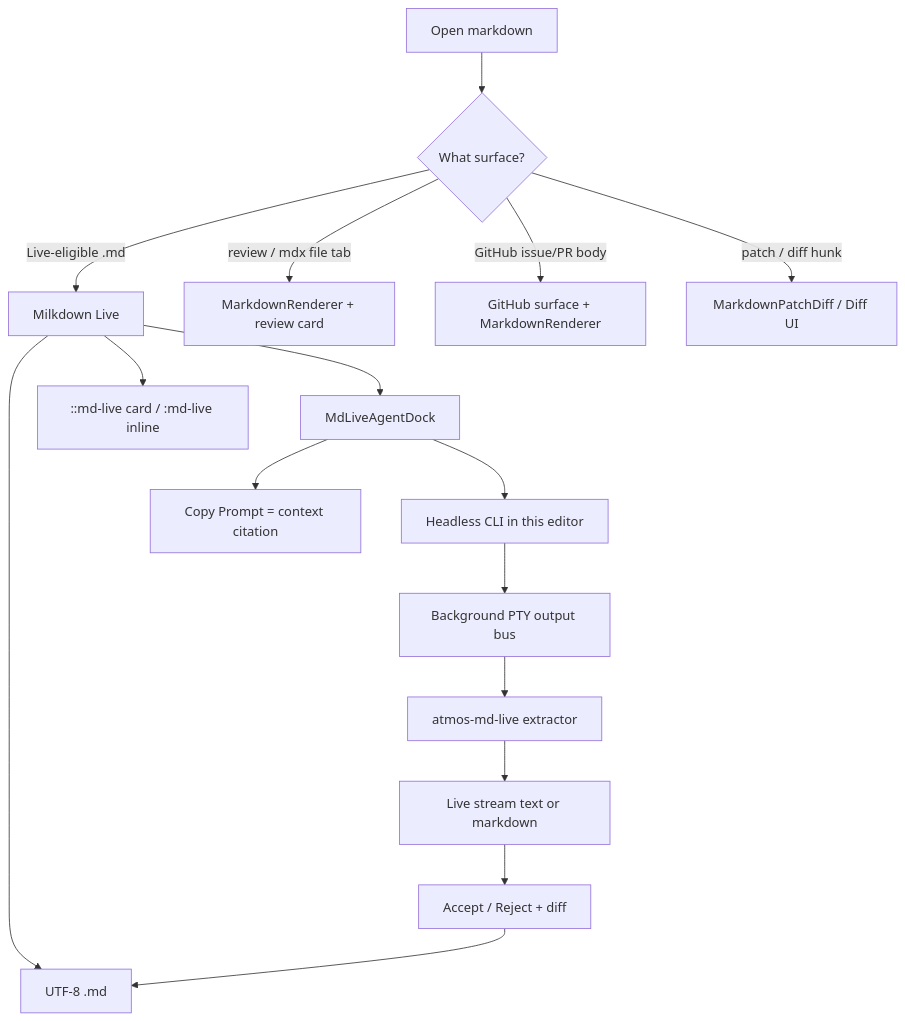
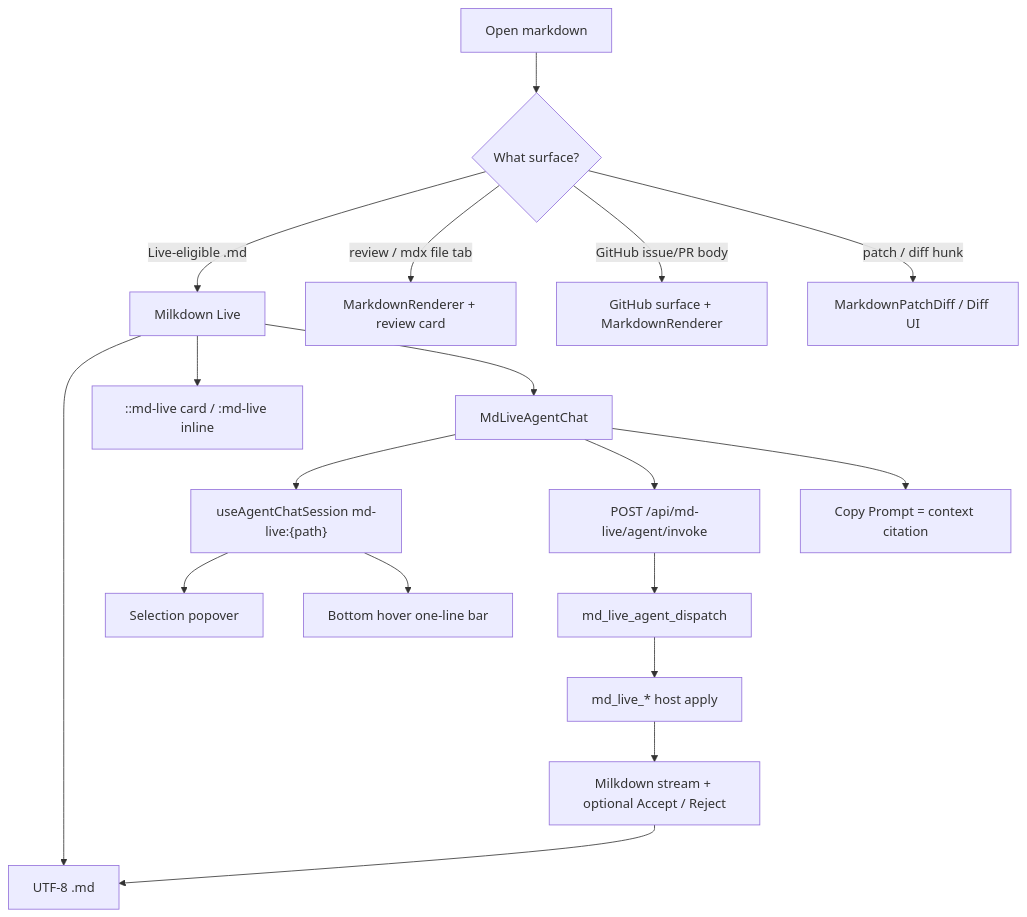
Before and after one commit to AruNi-01/atmos: the diagram in specs/APP/APP-067_document-editor/TECH.md, drawn with Mermaid. The commit also changed other lines of this file and 52 other files, not shown here.

First line of the commit message:
feat(md-live): reuse Agent Chat for Live markdown edits

````diff
--- a/specs/APP/APP-067_document-editor/TECH.md
+++ b/specs/APP/APP-067_document-editor/TECH.md
@@ -35,18 +35,20 @@
 ```mermaid
 flowchart TD
   Open["Open markdown"] --> Kind{"What surface?"}
   Kind -->|"Live-eligible .md"| Live["Milkdown Live"]
   Kind -->|"review / mdx file tab"| RO["MarkdownRenderer + review card"]
   Kind -->|"GitHub issue/PR body"| GH["GitHub surface + MarkdownRenderer"]
   Kind -->|"patch / diff hunk"| Diff["MarkdownPatchDiff / Diff UI"]
   Live --> Disk["UTF-8 .md"]
   Live --> Embed["::md-live card / :md-live inline"]
-  Live --> Dock["MdLiveAgentDock"]
-  Dock --> Copy["Copy Prompt = context citation"]
-  Dock --> CLI["Headless CLI in this editor"]
-  CLI --> Pty["Background PTY output bus"]
-  Pty --> Fence["atmos-md-live extractor"]
-  Fence --> Stream["Live stream text or markdown"]
-  Stream --> AR["Accept / Reject + diff"]
-  AR --> Disk
+  Live --> Chat["MdLiveAgentChat"]
+  Chat --> Session["useAgentChatSession md-live:{path}"]
+  Session --> Popover["Selection popover"]
+  Session --> Bar["Bottom hover one-line bar"]
+  Chat --> Invoke["POST /api/md-live/agent/invoke"]
+  Invoke --> Dispatch["md_live_agent_dispatch"]
+  Dispatch --> Tools["md_live_* host apply"]
+  Tools --> Stream["Milkdown stream + optional Accept / Reject"]
+  Stream --> Disk
+  Chat --> Copy["Copy Prompt = context citation"]
 ```
````
